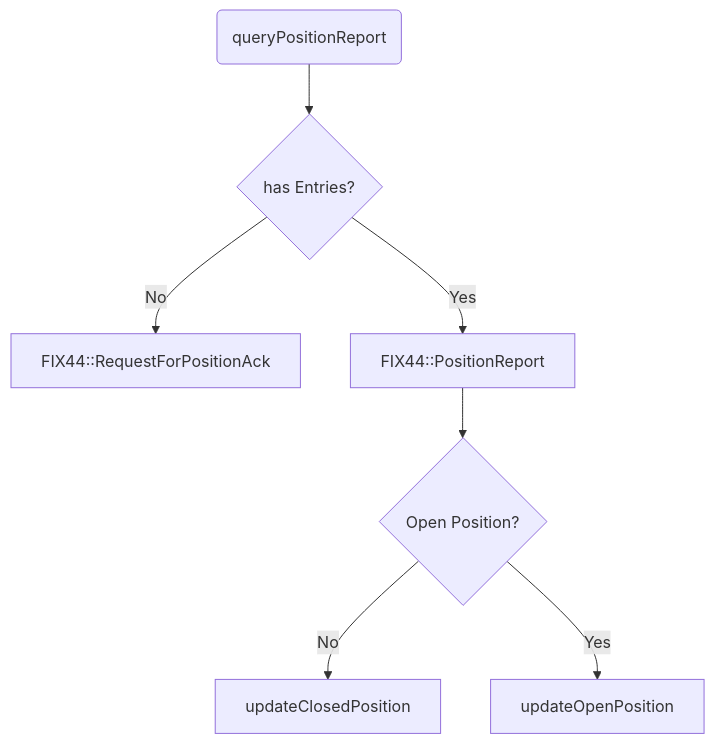
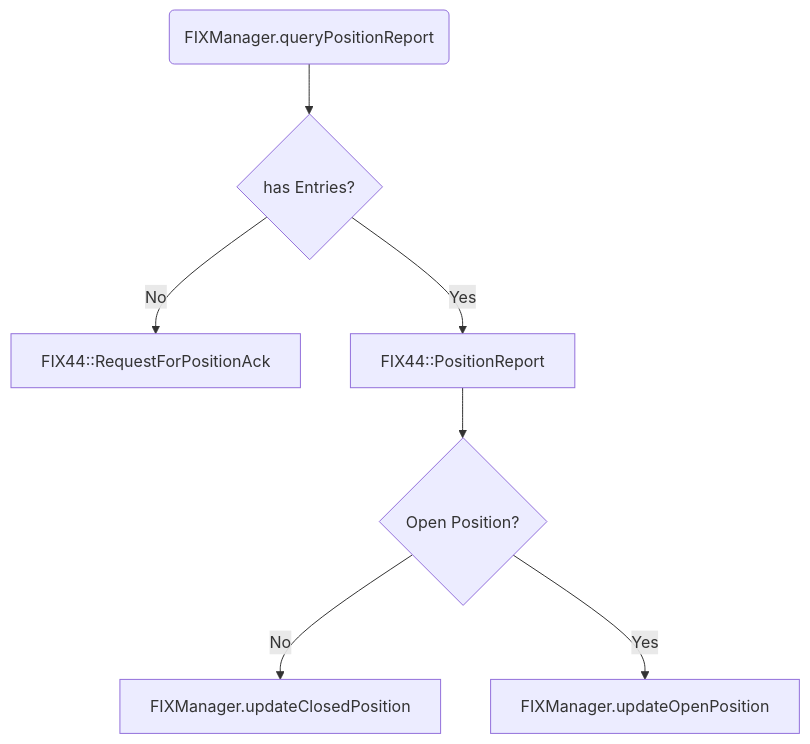
The first of 10 diagrams in docs/flows.md (garywlx/idefix), drawn with Mermaid before and after one commit. The commit also changed other lines of this file, not shown here.

Commit message:
fix and fixmanager explained

````diff
--- a/docs/flows.md
+++ b/docs/flows.md
@@ -41,9 +21,9 @@
 ```mermaid
 graph TB
-A(queryPositionReport) -->C{has Entries?}
+A(FIXManager.queryPositionReport) -->C{has Entries?}
 C -->|No| D[FIX44::RequestForPositionAck]
 C -->|Yes| E[FIX44::PositionReport]
 E -->F{Open Position?}
-F -->|No| G[updateClosedPosition]
-F -->|Yes| H[updateOpenPosition]
+F -->|No| G[FIXManager.updateClosedPosition]
+F -->|Yes| H[FIXManager.updateOpenPosition]
 ```
````
